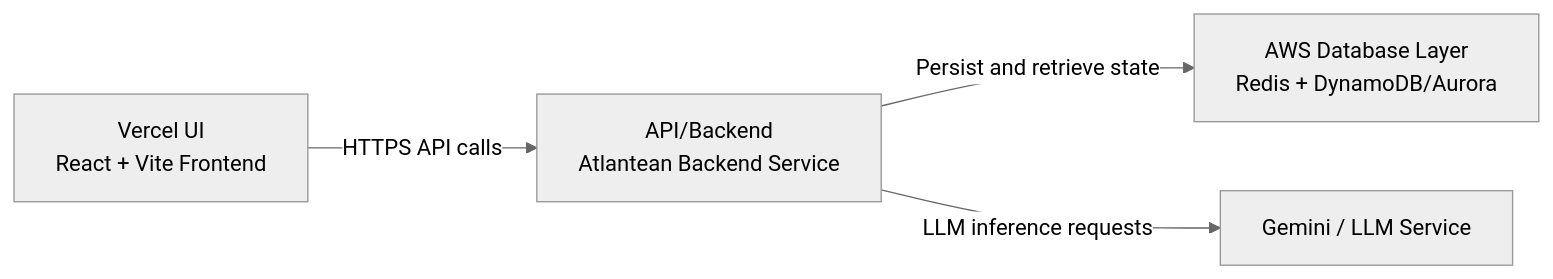
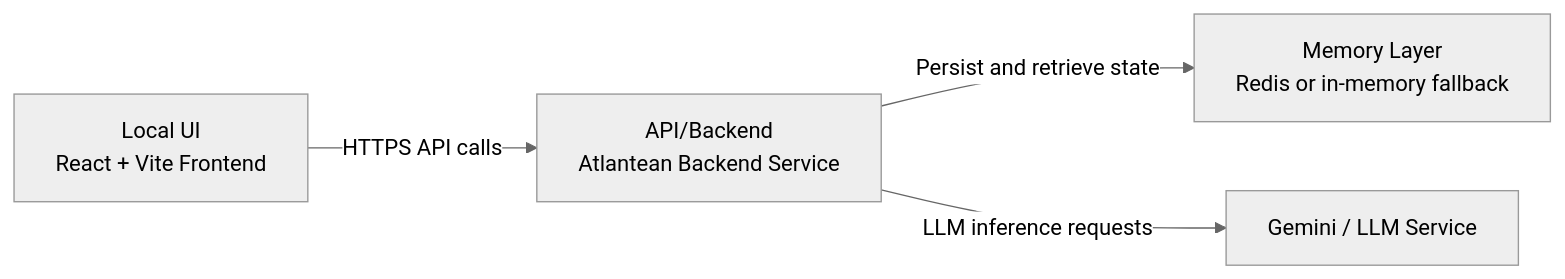
The diagram in README.md (anthonyrenecastro-create/studious-enigma), drawn with Mermaid (neutral theme) before and after one commit. The commit also changed other lines of this file and 11 other files, not shown here.

````diff
--- a/README.md
+++ b/README.md
@@ -24,11 +17,11 @@
 ```mermaid
 flowchart LR
-   A[Vercel UI<br/>React + Vite Frontend]
+   A[Local UI<br/>React + Vite Frontend]
    B[API/Backend<br/>Atlantean Backend Service]
-   C[AWS Database Layer<br/>Redis + DynamoDB/Aurora]
+   C[Memory Layer<br/>Redis or in-memory fallback]
    D[Gemini / LLM Service]
 
    A -->|HTTPS API calls| B
    B -->|Persist and retrieve state| C
    B -->|LLM inference requests| D
 ```
````
